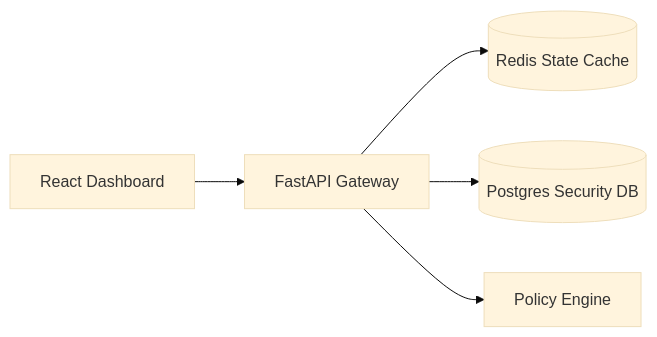
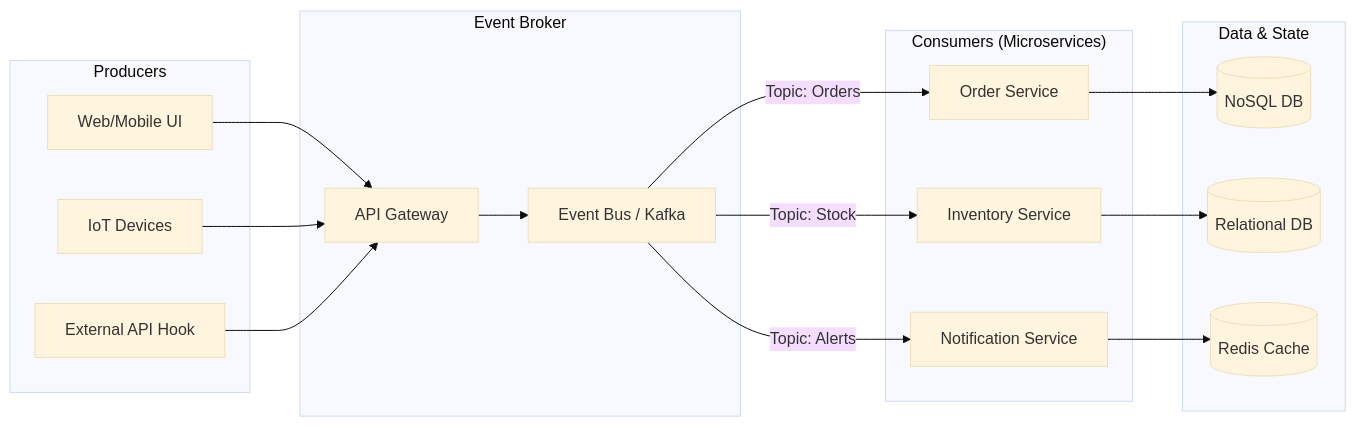
Before and after one commit to Devopstrio/zero-trust-network-blueprint: diagram 11 of 12 in README.md, drawn with Mermaid (base theme). The commit also changed other lines of this file and 2 other files, not shown here.

Commit message:
docs: replace abstract placeholder diagrams with high-level enterprise architecture diagrams

````diff
--- a/README.md
+++ b/README.md
@@ -103,7 +443,36 @@
 ```mermaid
 graph LR
-    UI[React Dashboard] --> API[FastAPI Gateway]
-    API --> Cache[(Redis State Cache)]
-    API --> DB[(Postgres Security DB)]
-    API --> Engine[Policy Engine]
+    subgraph "Producers"
+        UI[Web/Mobile UI]
+        IoT[IoT Devices]
+        API[External API Hook]
+    end
+
+    subgraph "Event Broker"
+        Gateway[API Gateway]
+        Kafka[Event Bus / Kafka]
+        Gateway --> Kafka
+    end
+
+    subgraph "Consumers (Microservices)"
+        Order[Order Service]
+        Inventory[Inventory Service]
+        Notify[Notification Service]
+        Kafka -->|Topic: Orders| Order
+        Kafka -->|Topic: Stock| Inventory
+        Kafka -->|Topic: Alerts| Notify
+    end
+
+    subgraph "Data & State"
+        DB1[(NoSQL DB)]
+        DB2[(Relational DB)]
+        Cache[(Redis Cache)]
+        Order --> DB1
+        Inventory --> DB2
+        Notify --> Cache
+    end
+
+    UI --> Gateway
+    IoT --> Gateway
+    API --> Gateway
 ```
````
